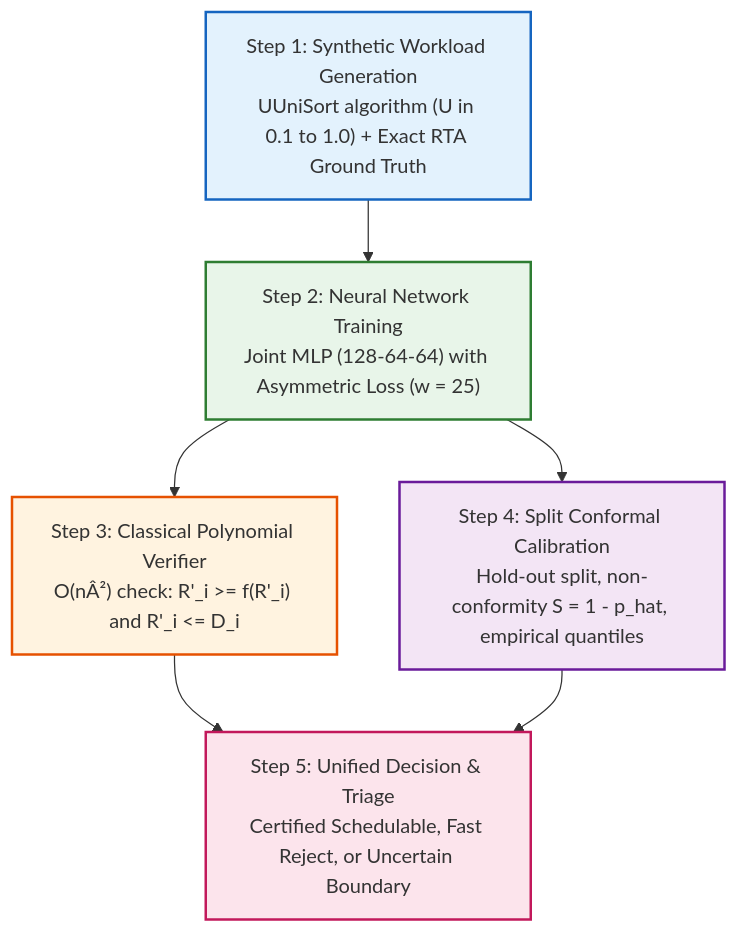
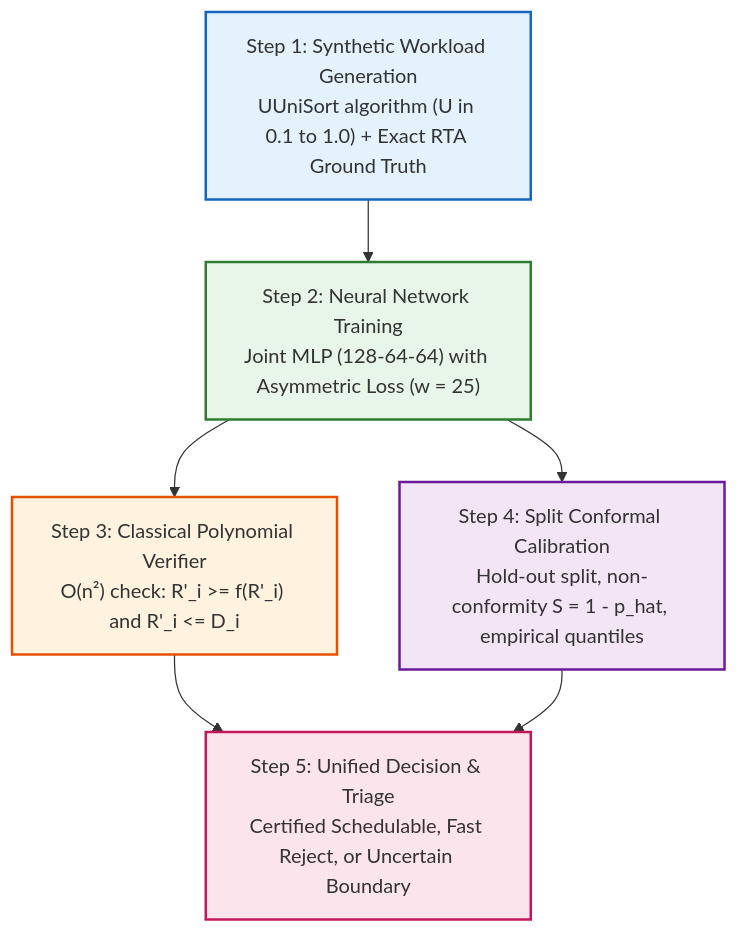
One commit to RK0297/rts-conformal-schedulability changed the first of 2 diagrams in README.md. Above: the diagram before and after it, drawn with Mermaid. The commit also changed other lines of this file, not shown here.

````diff
--- a/README.md
+++ b/README.md
@@ -95,13 +95,13 @@
 ```mermaid
 flowchart TD
     Step1["Step 1: Synthetic Workload Generation<br>UUniSort algorithm (U in 0.1 to 1.0) + Exact RTA Ground Truth"] --> Step2["Step 2: Neural Network Training<br>Joint MLP (128-64-64) with Asymmetric Loss (w = 25)"]
-    Step2 --> Step3["Step 3: Classical Polynomial Verifier<br>O(nÂ²) check: R'_i >= f(R'_i) and R'_i <= D_i"]
+    Step2 --> Step3["Step 3: Classical Polynomial Verifier<br>O(n²) check: R'_i >= f(R'_i) and R'_i <= D_i"]
     Step2 --> Step4["Step 4: Split Conformal Calibration<br>Hold-out split, non-conformity S = 1 - p_hat, empirical quantiles"]
     Step3 & Step4 --> Step5["Step 5: Unified Decision & Triage<br>Certified Schedulable, Fast Reject, or Uncertain Boundary"]
 
     style Step1 fill:#e3f2fd,stroke:#1565c0,stroke-width:2px
     style Step2 fill:#e8f5e9,stroke:#2e7d32,stroke-width:2px
     style Step3 fill:#fff3e0,stroke:#e65100,stroke-width:2px
     style Step4 fill:#f3e5f5,stroke:#6a1b9a,stroke-width:2px
     style Step5 fill:#fce4ec,stroke:#c2185b,stroke-width:2px
 ```
````
